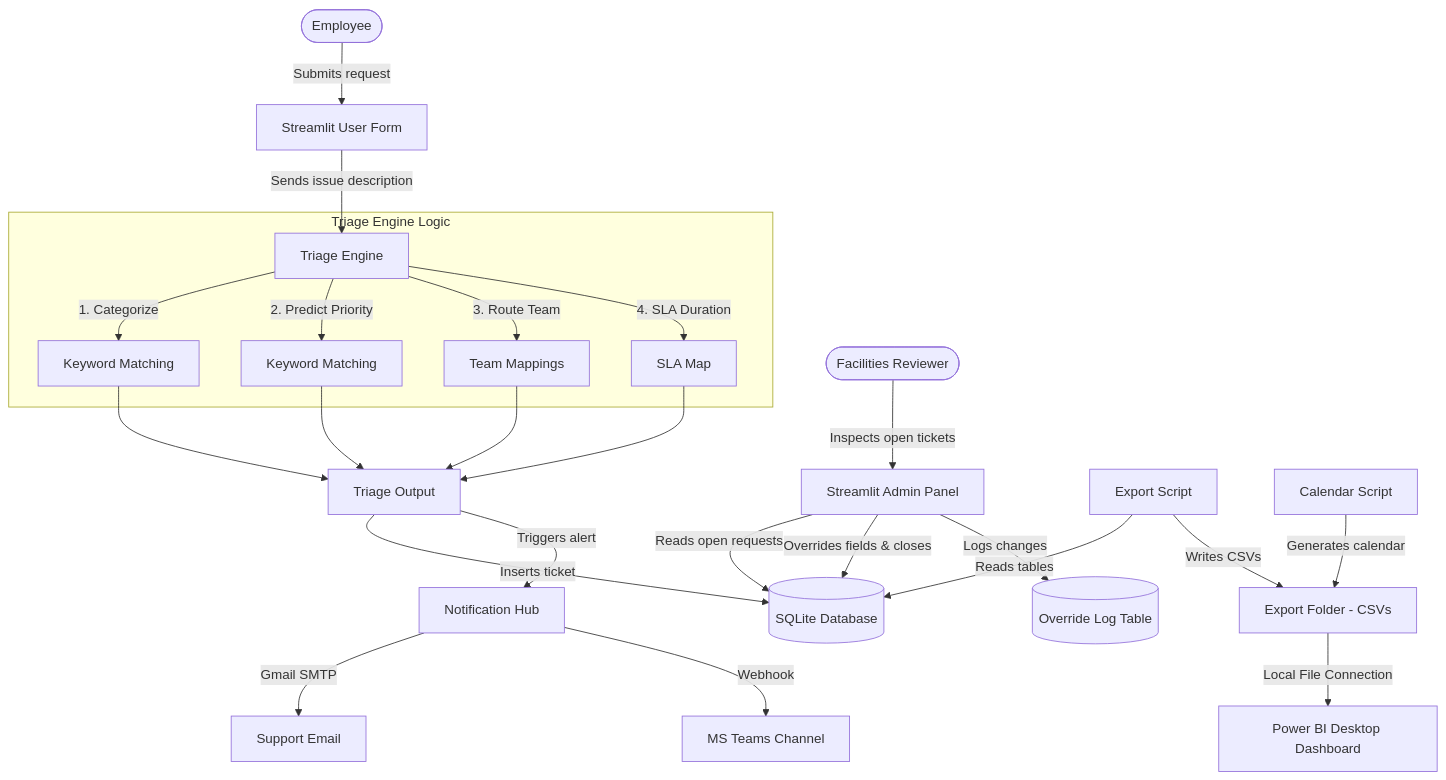
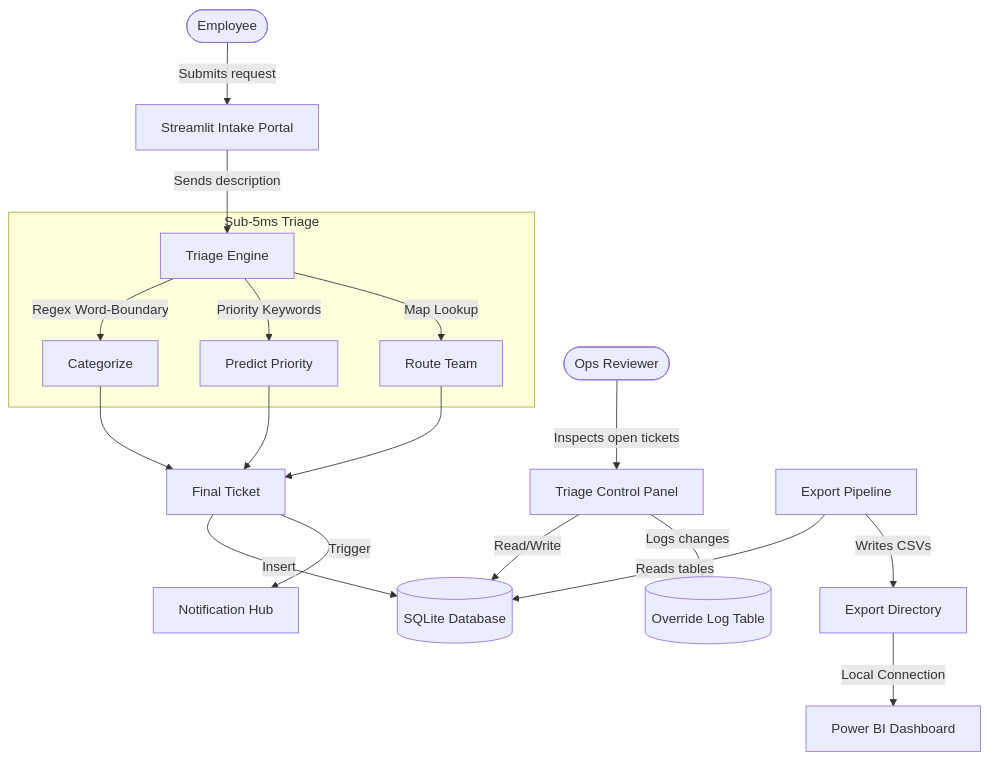
Before and after one commit to Vaibhavsahkk/smart-ops-triage: the diagram in README.md, drawn with Mermaid. The commit also changed other lines of this file and 3 other files, not shown here.

````diff
--- a/README.md
+++ b/README.md
@@ -17,34 +41,27 @@
 ```mermaid
 flowchart TD
-    User([Employee]) -->|Submits request| UserForm[Streamlit User Form]
-    UserForm -->|Sends issue description| TriageEngine[Triage Engine]
+    User([Employee]) -->|Submits request| UserForm[Streamlit Intake Portal]
+    UserForm -->|Sends description| TriageEngine[Triage Engine]
     
-    subgraph Triage Engine Logic
-        TriageEngine -->|1. Categorize| Cat[Keyword Matching]
-        TriageEngine -->|2. Predict Priority| Prio[Keyword Matching]
-        TriageEngine -->|3. Route Team| Team[Team Mappings]
-        TriageEngine -->|4. SLA Duration| SLA[SLA Map]
+    subgraph Engine Logic [Sub-5ms Triage]
+        TriageEngine -->|Regex Word-Boundary| Cat[Categorize]
+        TriageEngine -->|Priority Keywords| Prio[Predict Priority]
+        TriageEngine -->|Map Lookup| Team[Route Team]
     end
     
     Cat --> Combine
     Prio --> Combine
     Team --> Combine
-    SLA --> Combine
     
-    Combine[Triage Output] -->|Inserts ticket| SQLite[(SQLite Database)]
-    Combine -->|Triggers alert| NotifHub[Notification Hub]
+    Combine[Final Ticket] -->|Insert| SQLite[(SQLite Database)]
+    Combine -->|Trigger| NotifHub[Notification Hub]
     
-    NotifHub -->|Gmail SMTP| Email[Support Email]
-    NotifHub -->|Webhook| Teams[MS Teams Channel]
-    
-    Admin([Facilities Reviewer]) -->|Inspects open tickets| AdminPanel[Streamlit Admin Panel]
-    AdminPanel -->|Reads open requests| SQLite
-    AdminPanel -->|Overrides fields & closes| SQLite
+    Admin([Ops Reviewer]) -->|Inspects open tickets| AdminPanel[Triage Control Panel]
+    AdminPanel -->|Read/Write| SQLite
     AdminPanel -->|Logs changes| OverrideTable[(Override Log Table)]
     
-    ExportScript[Export Script] -->|Reads tables| SQLite
-    ExportScript -->|Writes CSVs| CSVs[Export Folder - CSVs]
-    CalendarScript[Calendar Script] -->|Generates calendar| CSVs
+    ExportScript[Export Pipeline] -->|Reads tables| SQLite
+    ExportScript -->|Writes CSVs| CSVs[Export Directory]
     
-    CSVs -->|Local File Connection| PowerBI[Power BI Desktop Dashboard]
+    CSVs -->|Local Connection| PowerBI[Power BI Dashboard]
 ```
````
